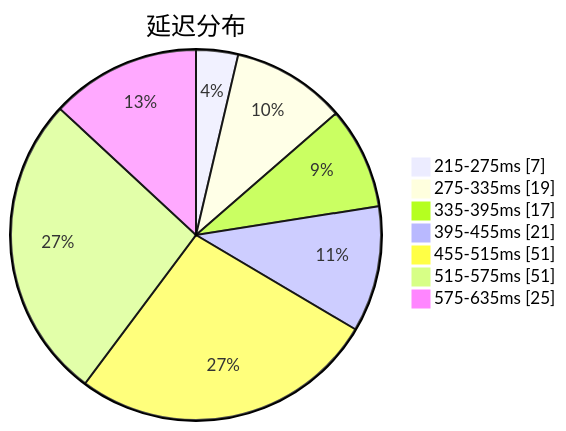
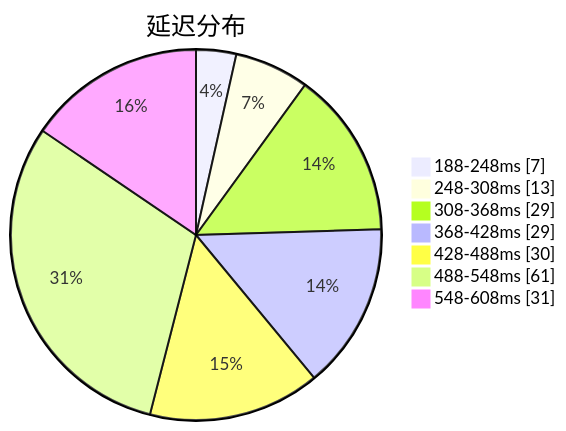
One commit to qjlxg/airport changed the first of 3 diagrams in subs/statistics/tested_within.md. Above: the diagram before and after it, drawn with Mermaid. The commit also changed other lines of this file and 2 other files, not shown here.

````diff
--- a/subs/statistics/tested_within.md
+++ b/subs/statistics/tested_within.md
@@ -2,11 +2,11 @@
 ```mermaid
 pie showData
 title 延迟分布
-"215-275ms" : 7
-"275-335ms" : 19
-"335-395ms" : 17
-"395-455ms" : 21
-"455-515ms" : 51
-"515-575ms" : 51
-"575-635ms" : 25
+"188-248ms" : 7
+"248-308ms" : 13
+"308-368ms" : 29
+"368-428ms" : 29
+"428-488ms" : 30
+"488-548ms" : 61
+"548-608ms" : 31
 ```
````
